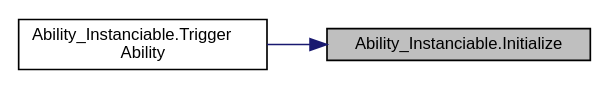
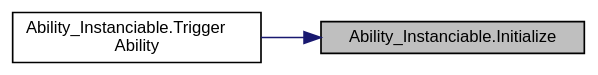
One commit to AleixFerre/TFG-Docs changed the diagram in docs/class_ability___instanciable_a1961e1d7df052be5c467203bb9415560_icgraph.dot. Above: the diagram before and after it, drawn with Graphviz. The commit also changed 448 other files, not shown here.

```diff
--- a/docs/class_ability___instanciable_a1961e1d7df052be5c467203bb9415560_icgraph.dot
+++ b/docs/class_ability___instanciable_a1961e1d7df052be5c467203bb9415560_icgraph.dot
@@ -1,11 +1,12 @@
 digraph "Ability_Instanciable.Initialize"
 {
  // INTERACTIVE_SVG=YES
  // LATEX_PDF_SIZE
+  bgcolor="transparent";
   edge [fontname="Helvetica",fontsize="10",labelfontname="Helvetica",labelfontsize="10"];
   node [fontname="Helvetica",fontsize="10",shape=record];
   rankdir="RL";
   Node1 [label="Ability_Instanciable.Initialize",height=0.2,width=0.4,color="black", fillcolor="grey75", style="filled", fontcolor="black",tooltip=" "];
   Node1 -> Node2 [dir="back",color="midnightblue",fontsize="10",style="solid",fontname="Helvetica"];
-  Node2 [label="Ability_Instanciable.Trigger\lAbility",height=0.2,width=0.4,color="black", fillcolor="white", style="filled",URL="$class_ability___instanciable.html#a2874cb997047ff431148d036aa06e163",tooltip=" "];
+  Node2 [label="Ability_Instanciable.Trigger\lAbility",height=0.2,width=0.4,color="black",URL="$class_ability___instanciable.html#a2874cb997047ff431148d036aa06e163",tooltip=" "];
 }
```
